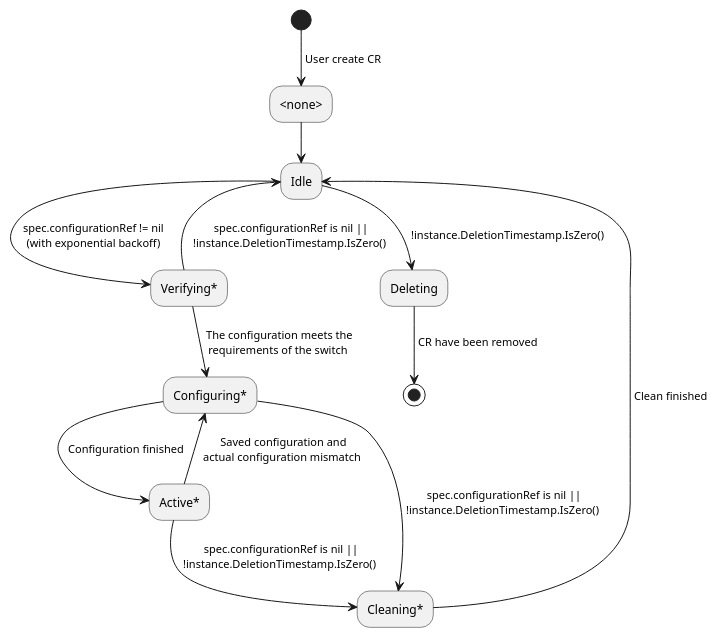
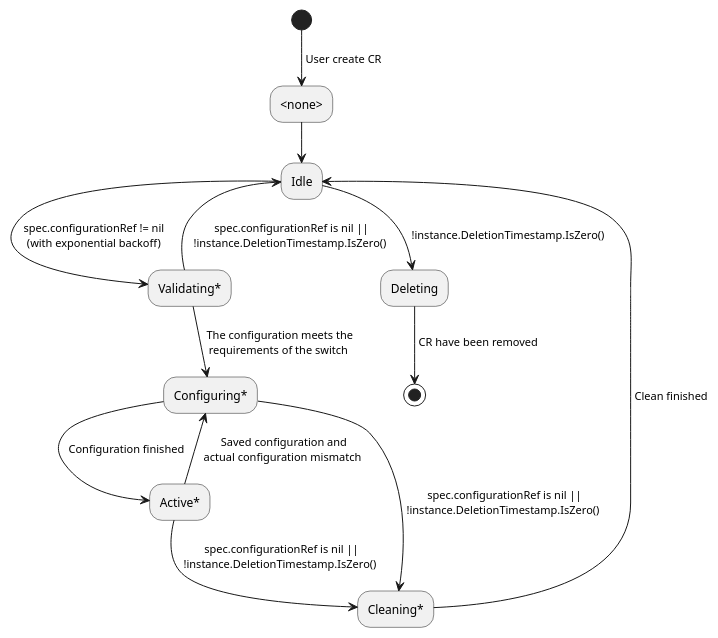
The diagram in docs/switch/switch-port-state.plantuml (Hellcatlk/network-operator), drawn with PlantUML before and after one commit. The commit also changed 15 other files, not shown here.

```diff
--- a/docs/switch/switch-port-state.plantuml
+++ b/docs/switch/switch-port-state.plantuml
@@ -1,24 +1,24 @@
 @startuml switch-port-state
 
 (*) --> [ User create CR ] "<none>"
 
 "<none>" --> "Idle"
 
-"Idle" --> [ spec.configurationRef != nil\n (with exponential backoff)] "Verifying*"
+"Idle" --> [ spec.configurationRef != nil\n (with exponential backoff)] "Validating*"
 "Idle" --> [ !instance.DeletionTimestamp.IsZero() ] "Deleting"
 
 
-"Verifying*" --> [ spec.configurationRef is nil ||\n !instance.DeletionTimestamp.IsZero() ] "Idle"
-"Verifying*" --> [ The configuration meets the\n requirements of the switch ] "Configuring*"
+"Validating*" --> [ spec.configurationRef is nil ||\n !instance.DeletionTimestamp.IsZero() ] "Idle"
+"Validating*" --> [ The configuration meets the\n requirements of the switch ] "Configuring*"
 
 "Configuring*" --> [ Configuration finished ] "Active*"
 "Configuring*" --> [ spec.configurationRef is nil ||\n !instance.DeletionTimestamp.IsZero() ] "Cleaning*"
 
 "Active*" --> [ Saved configuration and\n actual configuration mismatch ] "Configuring*"
 "Active*" --> [ spec.configurationRef is nil ||\n !instance.DeletionTimestamp.IsZero() ] "Cleaning*"
 
 "Cleaning*" --> [ Clean finished ] "Idle"
 
 "Deleting" --> [ CR have been removed ] (*)
 
 @enduml
```
